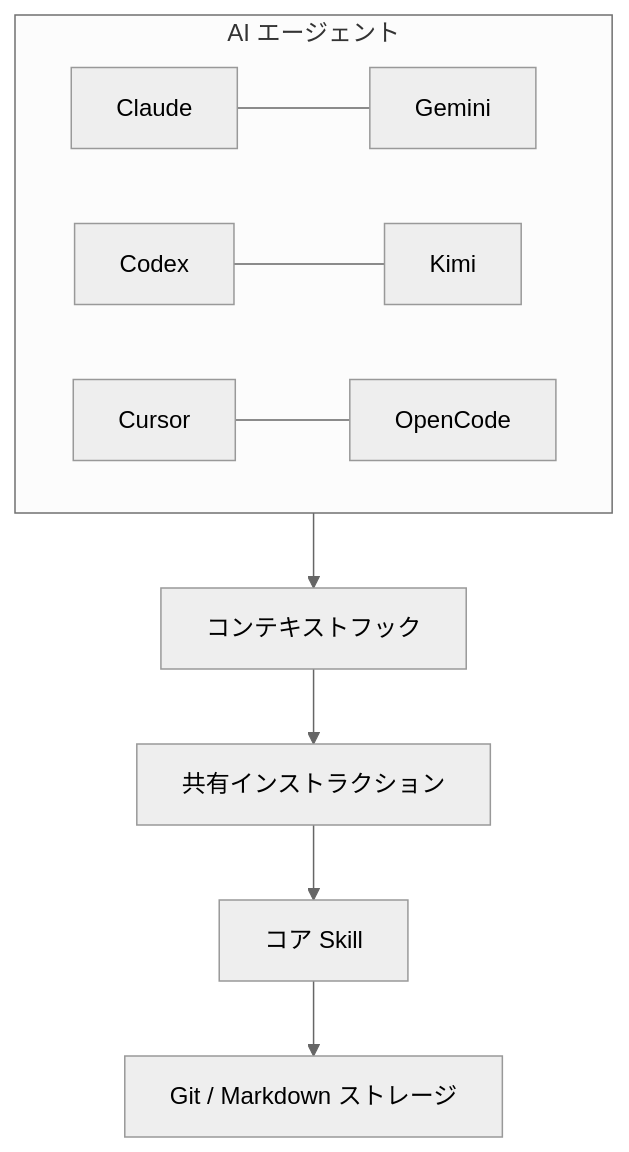
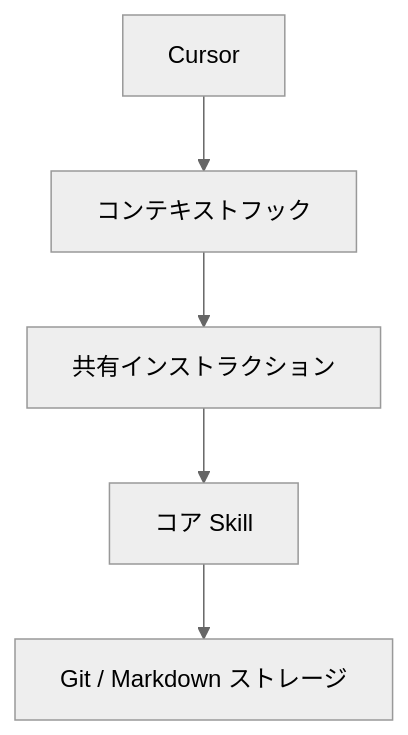
One commit to WilliamMunster/testcase-os changed the third of 3 diagrams in README.ja.md. Above: the diagram before and after it, drawn with Mermaid (neutral theme). The commit also changed other lines of this file and 1 other file, not shown here.

Commit message:
docs: 中文/日文 README 同步架构图精简和 Confluence 引导

````diff
--- a/README.ja.md
+++ b/README.ja.md
@@ -45,12 +45,7 @@
 ```mermaid
 graph TD
-    subgraph Agents["AI エージェント"]
-        C[Claude] --- G[Gemini]
-        CX[Codex] --- K[Kimi]
-        CR[Cursor] --- O[OpenCode]
-    end
-    Agents --> HOK["コンテキストフック"]
+    CR[Cursor] --> HOK["コンテキストフック"]
     HOK --> SI["共有インストラクション"]
     SI --> SKI["コア Skill"]
     SKI --> GIT["Git / Markdown ストレージ"]
 ```
````
